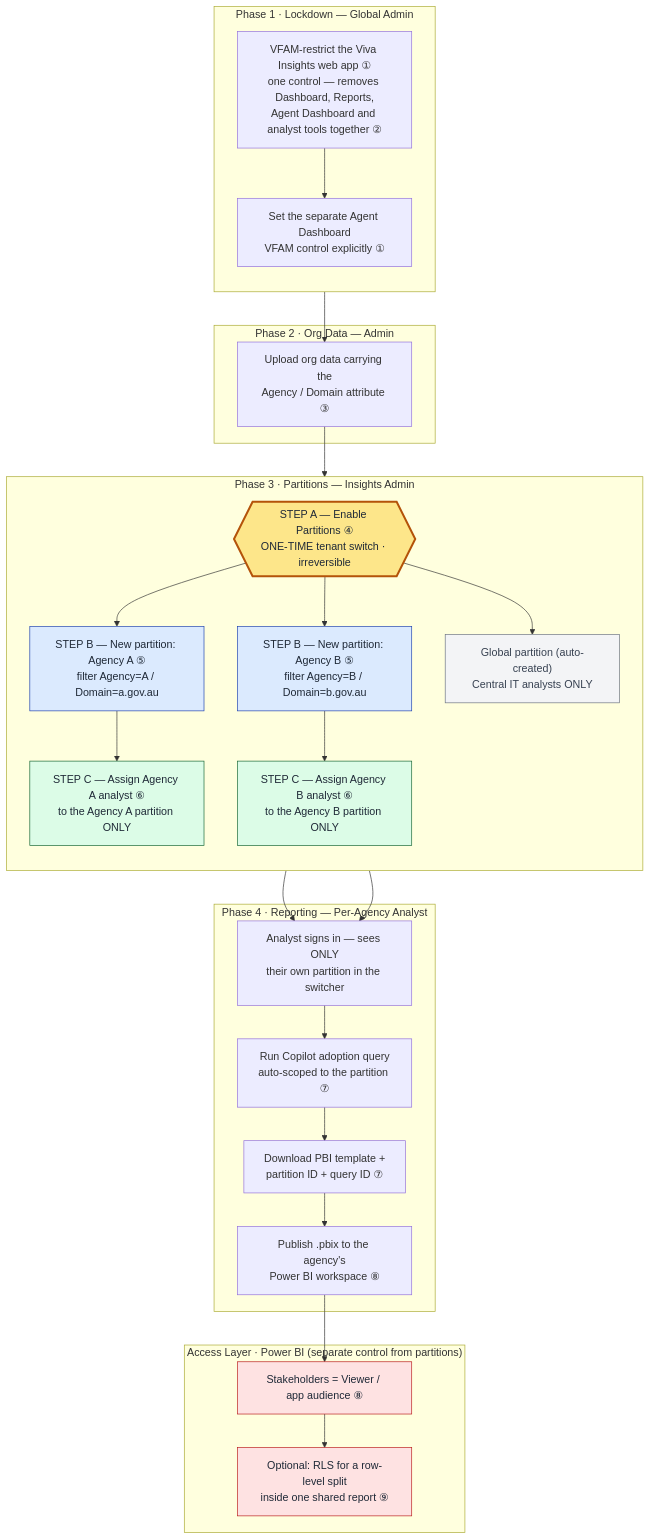
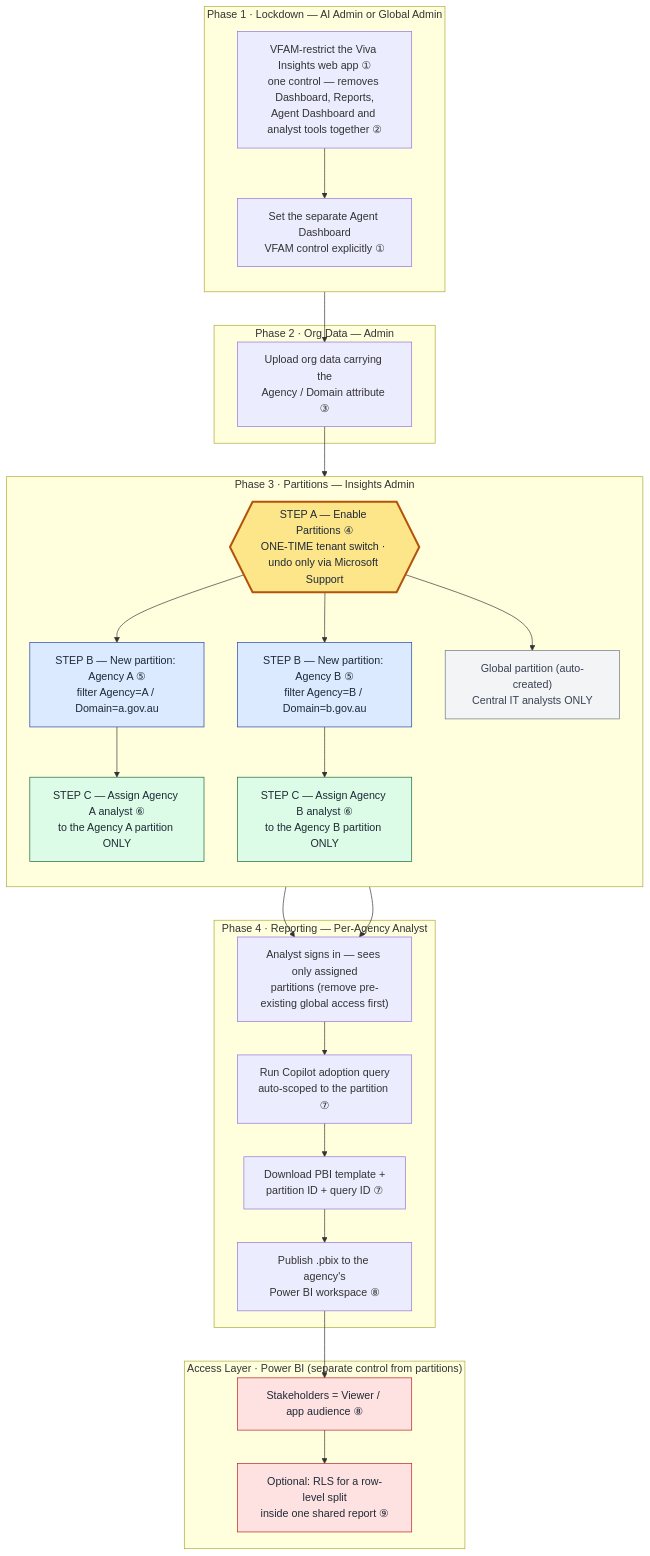
One commit to sumitsadhu1/copilot-analytics-public changed the diagram in assets/images/partition-isolation-flow.mmd. Above: the diagram before and after it, drawn with Mermaid. The commit also changed 92 other files, not shown here.

First line of the commit message:
Release 5.2: Microsoft Learn drift review and Cowork Dashboard guide

```diff
--- a/assets/images/partition-isolation-flow.mmd
+++ b/assets/images/partition-isolation-flow.mmd
@@ -1,71 +1,71 @@
 %% Multi-Agency Isolation — where "Enable Partitions" vs "Create partition" fit
 %% Source diagram. Regenerate the SVG with:
-%%   printf '{"theme":"default"}' > /tmp/mmd-config.json
-%%   printf '{"executablePath":"/Applications/Google Chrome.app/Contents/MacOS/Google Chrome","args":["--no-sandbox"]}' > /tmp/puppeteer-config.json
+%% Set CONFIG_DIR to the session's files/scratch-debugger directory first.
+%%   printf '{"theme":"default"}' > "$CONFIG_DIR/mmd-config.json"
+%%   printf '{"executablePath":"/Applications/Google Chrome.app/Contents/MacOS/Google Chrome","args":["--no-sandbox"],"userDataDir":"scripts/fact-check/.self-test-phase4a/chrome-profile"}' > "$CONFIG_DIR/puppeteer-config.json"
 %%   PUPPETEER_SKIP_DOWNLOAD=1 npx -y @mermaid-js/mermaid-cli \
 %%     -i assets/images/partition-isolation-flow.mmd \
 %%     -o assets/images/partition-isolation-flow.svg \
-%%     -c /tmp/mmd-config.json -p /tmp/puppeteer-config.json -b transparent
+%%     -c "$CONFIG_DIR/mmd-config.json" -p "$CONFIG_DIR/puppeteer-config.json" -b transparent
 %% Then regenerate PDFs: ./scripts/generate_all_pdfs.sh
-%% The two /tmp configs do not persist across reboots — recreate them as above.
 flowchart TD
-    subgraph P1["Phase 1 · Lockdown — Global Admin"]
+    subgraph P1["Phase 1 · Lockdown — AI Admin or Global Admin"]
         direction TB
         A1["VFAM-restrict the Viva Insights web app ①<br/>one control — removes Dashboard, Reports,<br/>Agent Dashboard and analyst tools together ②"]
         A1b["Set the separate Agent Dashboard<br/>VFAM control explicitly ①"]
         A1 --> A1b
     end
     subgraph P2["Phase 2 · Org Data — Admin"]
         A2["Upload org data carrying the<br/>Agency / Domain attribute ③"]
     end
     subgraph P3["Phase 3 · Partitions — Insights Admin"]
         direction TB
-        B1{{"STEP A — Enable Partitions ④<br/>ONE-TIME tenant switch · irreversible"}}
+        B1{{"STEP A — Enable Partitions ④<br/>ONE-TIME tenant switch · undo only via Microsoft Support"}}
         B2["STEP B — New partition: Agency A ⑤<br/>filter Agency=A / Domain=a.gov.au"]
         B3["STEP B — New partition: Agency B ⑤<br/>filter Agency=B / Domain=b.gov.au"]
         B4["Global partition (auto-created)<br/>Central IT analysts ONLY"]
         B5["STEP C — Assign Agency A analyst ⑥<br/>to the Agency A partition ONLY"]
         B6["STEP C — Assign Agency B analyst ⑥<br/>to the Agency B partition ONLY"]
         B1 --> B2 --> B5
         B1 --> B3 --> B6
         B1 --> B4
     end
     subgraph P4["Phase 4 · Reporting — Per-Agency Analyst"]
-        C1["Analyst signs in — sees ONLY<br/>their own partition in the switcher"]
+        C1["Analyst signs in — sees only assigned<br/>partitions (remove pre-existing global access first)"]
         C2["Run Copilot adoption query<br/>auto-scoped to the partition ⑦"]
         C3["Download PBI template +<br/>partition ID + query ID ⑦"]
         C4["Publish .pbix to the agency's<br/>Power BI workspace ⑧"]
     end
     subgraph P5["Access Layer · Power BI (separate control from partitions)"]
         D1["Stakeholders = Viewer / app audience ⑧"]
         D2["Optional: RLS for a row-level split<br/>inside one shared report ⑨"]
     end
     A1b --> A2 --> B1
     B5 --> C1
     B6 --> C1
     C1 --> C2 --> C3 --> C4 --> D1 --> D2
 
-    click A1 "https://learn.microsoft.com/en-us/viva/feature-access-management" "Viva feature access management (VFAM)"
+    click A1 "https://learn.microsoft.com/viva/feature-access-management" "Viva feature access management (VFAM)"
     click A1b "https://learn.microsoft.com/viva/insights/advanced/admin/manage-settings-copilot-dashboard" "Enable or disable the Agent Dashboard"
-    click A2 "https://learn.microsoft.com/en-us/viva/organizational-data" "Upload organizational data"
+    click A2 "https://learn.microsoft.com/microsoft-365-apps/org-data-service/organizational-data" "Upload organizational data"
     click B1 "https://learn.microsoft.com/viva/insights/advanced/setup-maint/privacy-settings" "Turn on partitions (Privacy settings)"
     click B2 "https://learn.microsoft.com/viva/insights/advanced/admin/partitions#how-to-create-a-partition-and-assign-analysts-access" "Create a partition and assign analysts"
     click B3 "https://learn.microsoft.com/viva/insights/advanced/admin/partitions#how-to-create-a-partition-and-assign-analysts-access" "Create a partition and assign analysts"
     click B5 "https://learn.microsoft.com/viva/insights/advanced/setup-maint/assign-user-roles" "Assign Insights Analyst role"
     click B6 "https://learn.microsoft.com/viva/insights/advanced/setup-maint/assign-user-roles" "Assign Insights Analyst role"
-    click C2 "https://learn.microsoft.com/en-us/viva/insights/advanced/analyst/templates/microsoft-365-copilot-adoption" "Microsoft 365 Copilot adoption report"
-    click C3 "https://learn.microsoft.com/en-us/viva/insights/advanced/analyst/templates/microsoft-365-copilot-adoption" "Microsoft 365 Copilot adoption report"
+    click C2 "https://learn.microsoft.com/viva/insights/advanced/analyst/templates/microsoft-365-copilot-adoption" "Microsoft 365 Copilot adoption report"
+    click C3 "https://learn.microsoft.com/viva/insights/advanced/analyst/templates/microsoft-365-copilot-adoption" "Microsoft 365 Copilot adoption report"
     click C4 "https://learn.microsoft.com/power-bi/collaborate-share/service-create-distribute-apps" "Publish and distribute a Power BI app"
     click D1 "https://learn.microsoft.com/power-bi/collaborate-share/service-roles-new-workspaces" "Roles in Power BI workspaces"
     click D2 "https://learn.microsoft.com/fabric/security/service-admin-row-level-security" "Row-level security (RLS) in Power BI"
 
     classDef enable fill:#fde68a,stroke:#b45309,stroke-width:3px,color:#1f2937;
     classDef agency fill:#dbeafe,stroke:#1e40af,color:#1f2937;
     classDef assign fill:#dcfce7,stroke:#166534,color:#1f2937;
     classDef global fill:#f3f4f6,stroke:#6b7280,color:#374151;
     classDef access fill:#fee2e2,stroke:#b91c1c,color:#1f2937;
     class B1 enable;
     class B2,B3 agency;
     class B5,B6 assign;
     class B4 global;
     class D1,D2 access;
```
